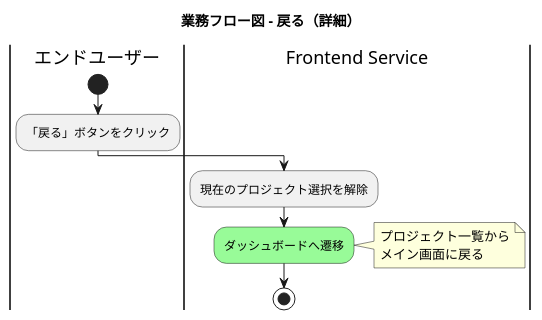
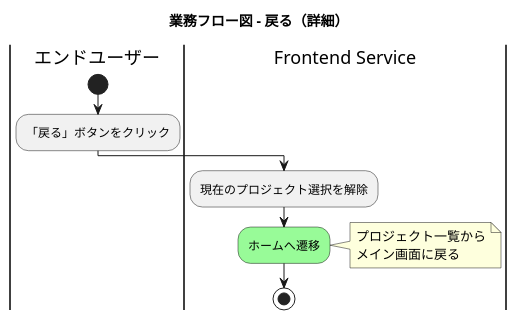
The tenth of 35 diagrams in docs/proposals/03_業務フロー図_20251201.md (yoshiwo3/PlantUML2_Opus4.5), drawn with PlantUML before and after one commit. The commit also changed other lines of this file and 27 other files, not shown here.

````diff
--- a/docs/proposals/03_業務フロー図_20251201.md
+++ b/docs/proposals/03_業務フロー図_20251201.md
@@ -973,21 +973,21 @@
 ```plantuml
 @startuml business_flow_project_back_detail
 skinparam ActivityFontSize 12
 
 title 業務フロー図 - 戻る（詳細）
 
 |エンドユーザー|
 start
 :「戻る」ボタンをクリック;
 
 |Frontend Service|
 :現在のプロジェクト選択を解除;
-#palegreen:ダッシュボードへ遷移;
+#palegreen:ホームへ遷移;
 note right
   プロジェクト一覧から
   メイン画面に戻る
 end note
 stop
 
 @enduml
 ```
````
